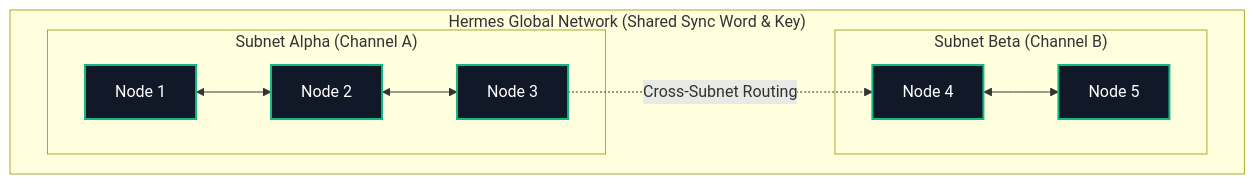
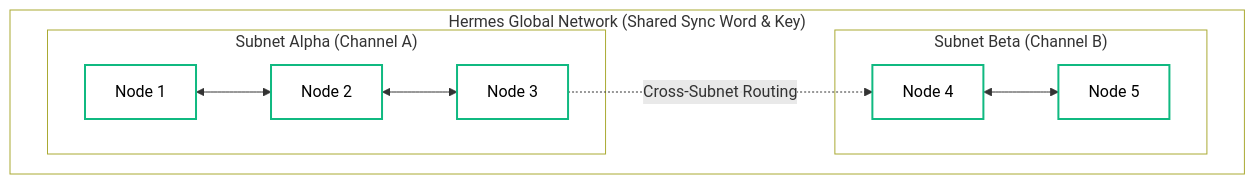
The first of 2 diagrams in src/docs/content/docs/rfc/01-introduction.mdx (qshosfw/hermes), drawn with Mermaid before and after one commit. The commit also changed other lines of this file and 29 other files, not shown here.

````diff
--- a/src/docs/content/docs/rfc/01-introduction.mdx
+++ b/src/docs/content/docs/rfc/01-introduction.mdx
@@ -26,21 +26,22 @@
 ```mermaid
+%%{init: {'themeVariables': {'clusterBkg': 'transparent'}}}%%
 graph TD
     subgraph "Hermes Global Network (Shared Sync Word & Key)"
         subgraph "Subnet Alpha (Channel A)"
             A[Node 1] <--> B[Node 2]
             B <--> C[Node 3]
         end
         
         subgraph "Subnet Beta (Channel B)"
             D[Node 4] <--> E[Node 5]
         end
         
         C -. "Cross-Subnet Routing" .-> D
     end
 
-    classDef network fill:#0f172a,stroke:#3b82f6,stroke-width:2px,color:white
-    classDef subnet fill:#1e1e2e,stroke:#6366f1,stroke-width:1px,color:white
-    classDef node fill:#111827,stroke:#10b981,stroke-width:2px,color:white
+    classDef network fill:transparent,stroke:#3b82f6,stroke-width:2px,color:inherit
+    classDef subnet fill:transparent,stroke:#6366f1,stroke-width:1px,color:inherit
+    classDef node fill:transparent,stroke:#10b981,stroke-width:2px,color:inherit
     
     class A,B,C,D,E node
 ```
````
